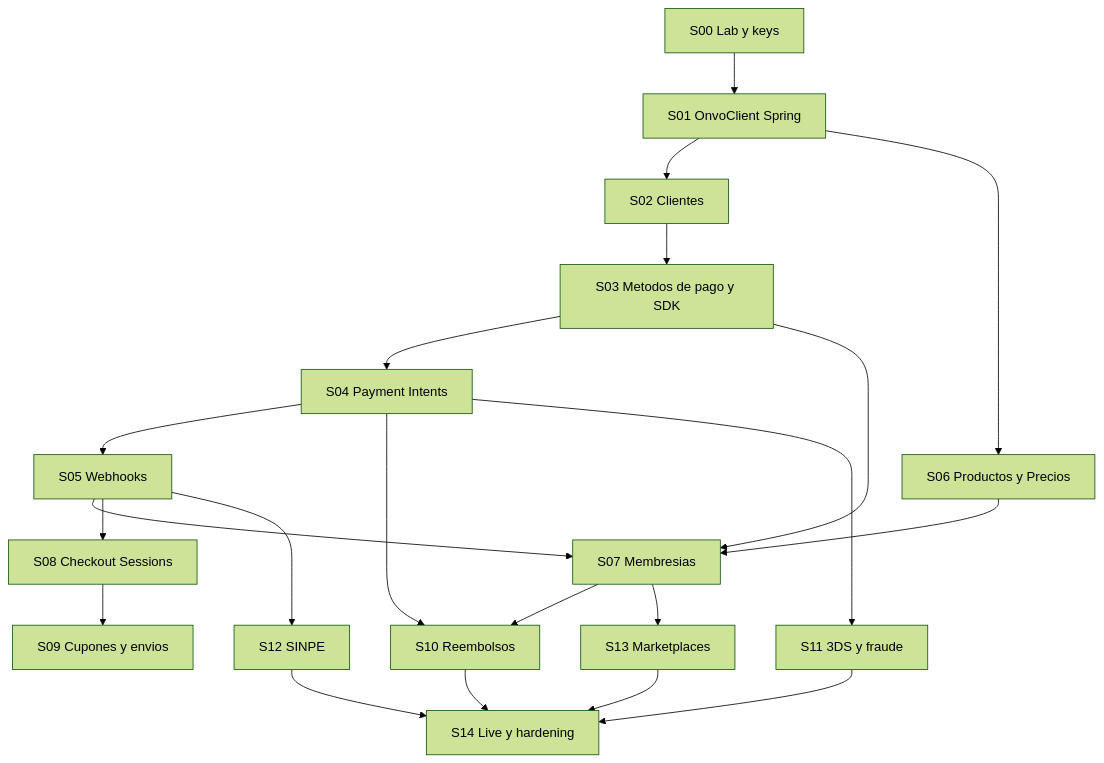
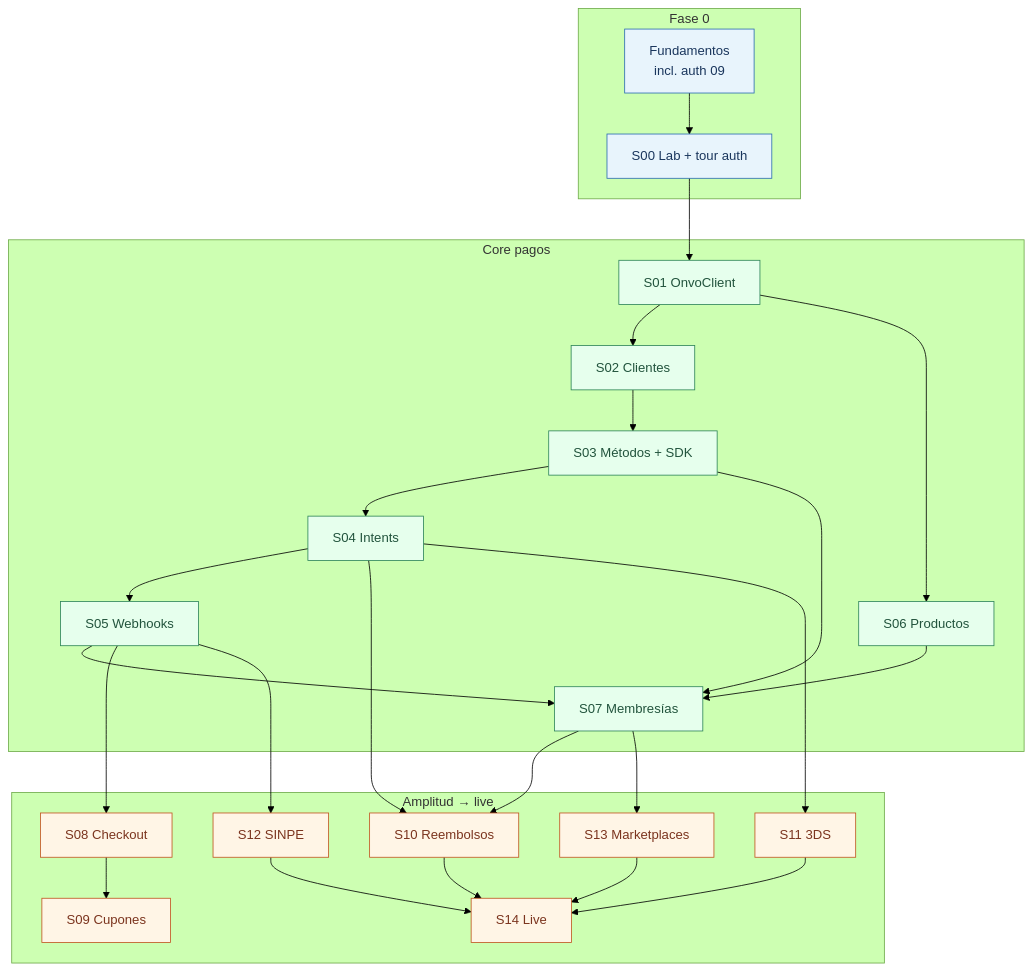
Before and after one commit to PlatformCR/Platform: the diagram in 04-Learning Path/README.md, drawn with Mermaid (forest theme). The commit also changed other lines of this file and 10 other files, not shown here.

````diff
--- a/04-Learning Path/README.md
+++ b/04-Learning Path/README.md
@@ -29,23 +29,48 @@
 ```mermaid
-flowchart TD
-  S00[S00 Lab y keys] --> S01[S01 OnvoClient Spring]
-  S01 --> S02[S02 Clientes]
-  S02 --> S03[S03 Metodos de pago y SDK]
-  S03 --> S04[S04 Payment Intents]
-  S04 --> S05[S05 Webhooks]
-  S01 --> S06[S06 Productos y Precios]
-  S05 --> S07[S07 Membresias]
-  S06 --> S07
+flowchart TB
+  subgraph Prep["Fase 0"]
+    F["Fundamentos<br/>incl. auth 09"]
+    S00["S00 Lab + tour auth"]
+  end
+
+  subgraph Core["Core pagos"]
+    S01["S01 OnvoClient"]
+    S02["S02 Clientes"]
+    S03["S03 Métodos + SDK"]
+    S04["S04 Intents"]
+    S05["S05 Webhooks"]
+    S06["S06 Productos"]
+    S07["S07 Membresías"]
+  end
+
+  subgraph Extra["Amplitud → live"]
+    S08["S08 Checkout"]
+    S09["S09 Cupones"]
+    S10["S10 Reembolsos"]
+    S11["S11 3DS"]
+    S12["S12 SINPE"]
+    S13["S13 Marketplaces"]
+    S14["S14 Live"]
+  end
+
+  F --> S00 --> S01 --> S02 --> S03 --> S04 --> S05 --> S07
+  S01 --> S06 --> S07
   S03 --> S07
-  S05 --> S08[S08 Checkout Sessions]
-  S08 --> S09[S09 Cupones y envios]
-  S04 --> S10[S10 Reembolsos]
+  S05 --> S08 --> S09
+  S04 --> S10
   S07 --> S10
-  S04 --> S11[S11 3DS y fraude]
-  S05 --> S12[S12 SINPE]
-  S07 --> S13[S13 Marketplaces]
-  S10 --> S14[S14 Live y hardening]
+  S04 --> S11
+  S05 --> S12
+  S07 --> S13
+  S10 --> S14
   S11 --> S14
   S12 --> S14
   S13 --> S14
+
+  classDef prep fill:#e8f4fc,stroke:#2b6cb0,color:#1a365d
+  classDef core fill:#e6ffed,stroke:#2f855a,color:#22543d
+  classDef extra fill:#fff5e6,stroke:#c05621,color:#7b341e
+  class F,S00 prep
+  class S01,S02,S03,S04,S05,S06,S07 core
+  class S08,S09,S10,S11,S12,S13,S14 extra
 ```
````
